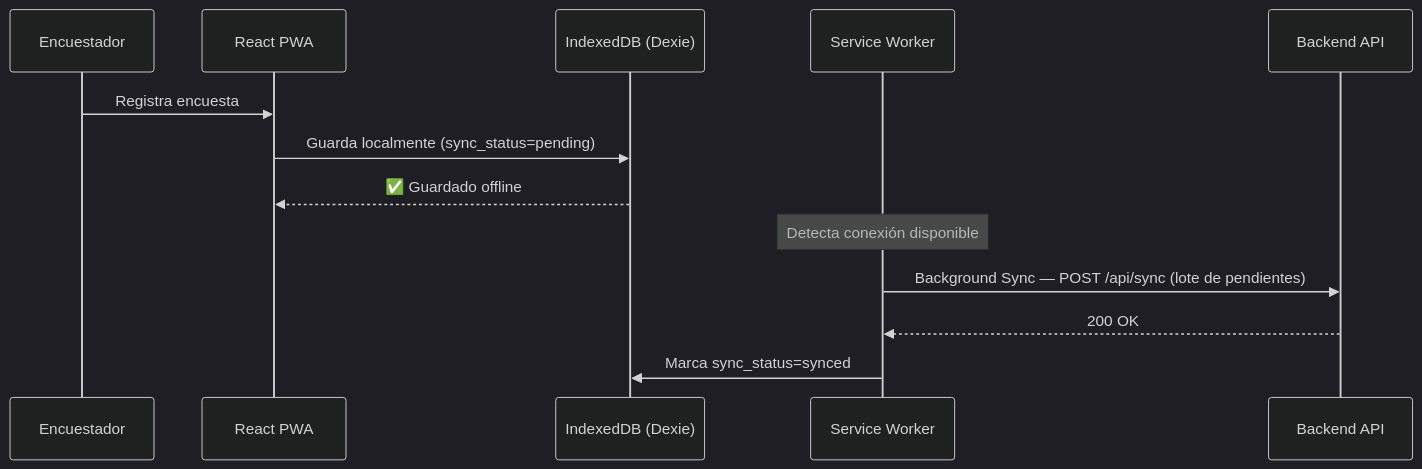
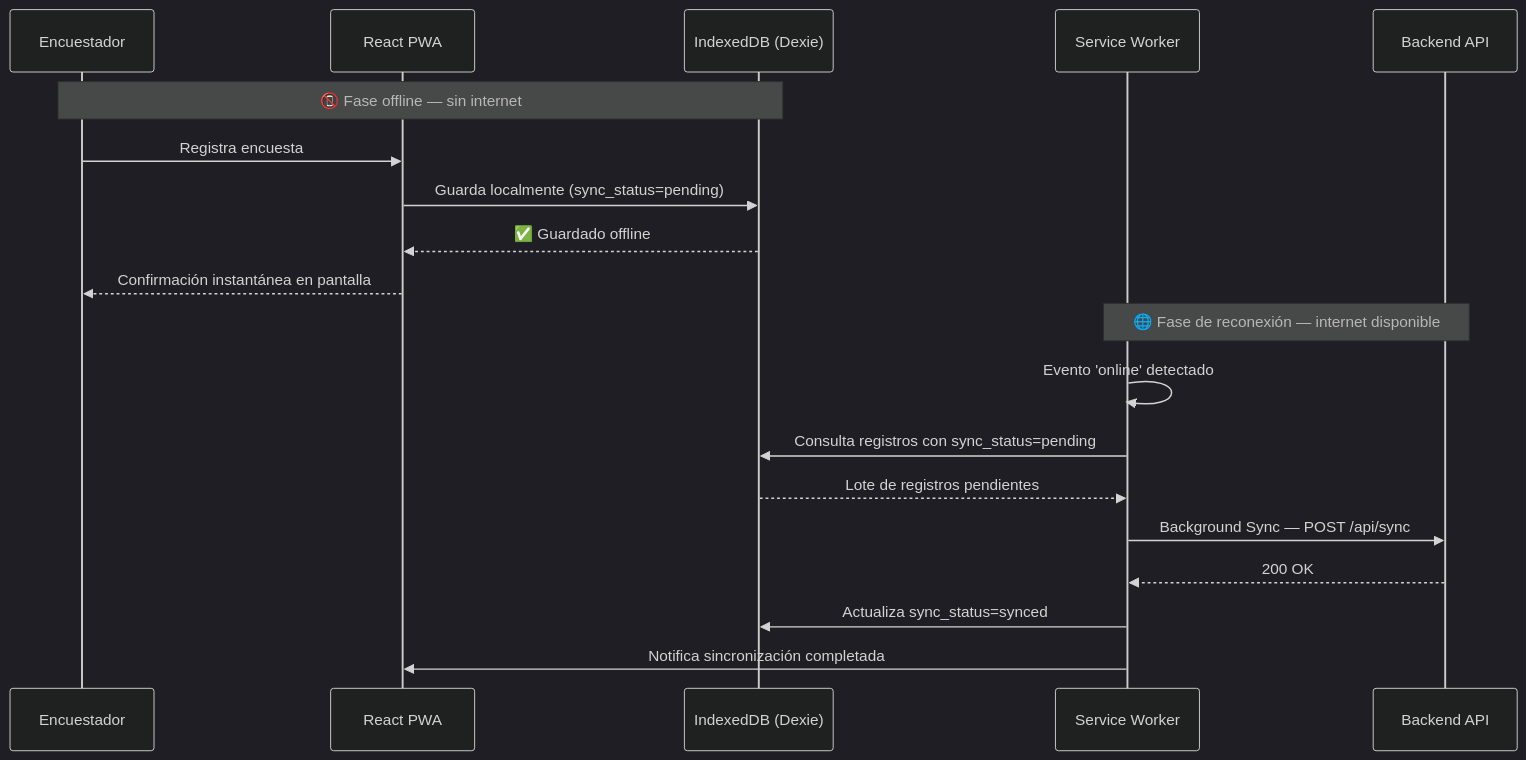
The second of 4 diagrams in docs/ARQUITECTURA.md (Santiago072/ModuloCRUD), drawn with Mermaid (dark theme) before and after one commit. The commit also changed other lines of this file, not shown here.

First line of the commit message:
docs: corregir diagramas Mermaid en ARQUITECTURA.md

````diff
--- a/docs/ARQUITECTURA.md
+++ b/docs/ARQUITECTURA.md
@@ -65,17 +65,23 @@
 ```mermaid
 sequenceDiagram
     participant E as Encuestador
     participant PWA as React PWA
     participant IDB as IndexedDB (Dexie)
     participant SW as Service Worker
     participant API as Backend API
 
+    Note over E,IDB: 📵 Fase offline — sin internet
     E->>PWA: Registra encuesta
     PWA->>IDB: Guarda localmente (sync_status=pending)
     IDB-->>PWA: ✅ Guardado offline
+    PWA-->>E: Confirmación instantánea en pantalla
 
-    note over SW: Detecta conexión disponible
-    SW->>API: Background Sync — POST /api/sync (lote de pendientes)
+    Note over SW,API: 🌐 Fase de reconexión — internet disponible
+    SW->>SW: Evento 'online' detectado
+    SW->>IDB: Consulta registros con sync_status=pending
+    IDB-->>SW: Lote de registros pendientes
+    SW->>API: Background Sync — POST /api/sync
     API-->>SW: 200 OK
-    SW->>IDB: Marca sync_status=synced
+    SW->>IDB: Actualiza sync_status=synced
+    SW->>PWA: Notifica sincronización completada
 ```
````
